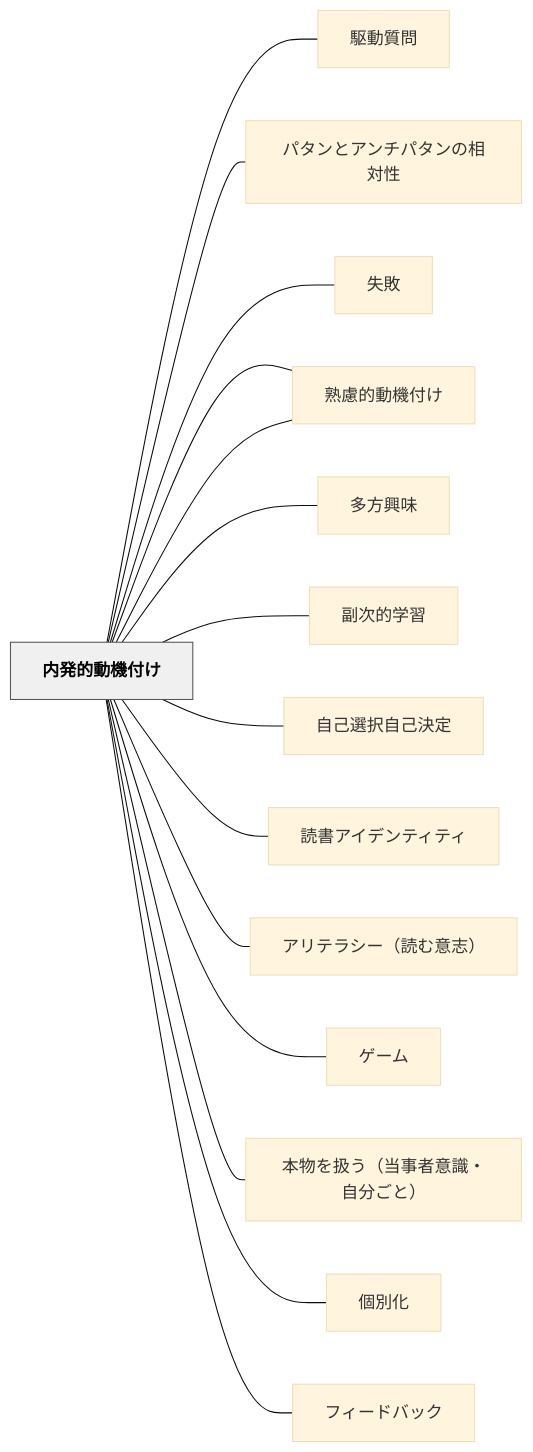
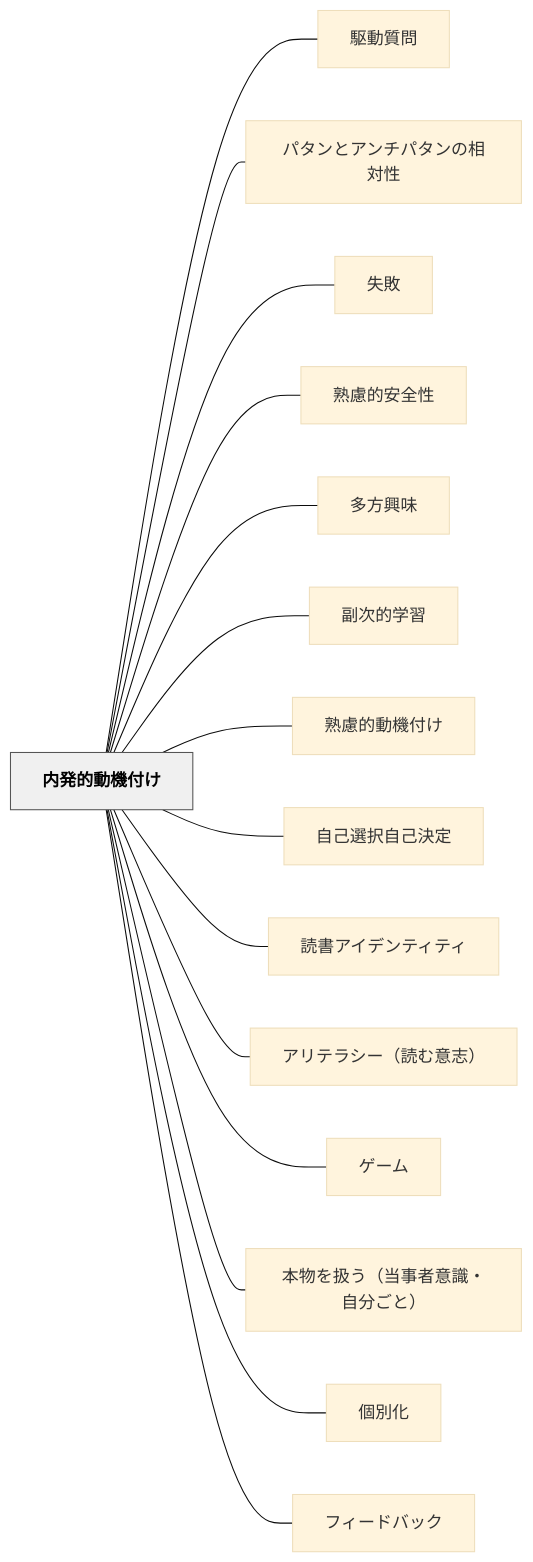
One commit to unknownthings-ed-patterns/unknownthings-ed-patterns changed the diagram in content/パタン/内発的動機付け.md. Above: the diagram before and after it, drawn with Mermaid (base theme). The commit also changed 527 other files, not shown here.

````diff
--- a/content/パタン/内発的動機付け.md
+++ b/content/パタン/内発的動機付け.md
@@ -194,36 +194,36 @@
 ```mermaid
 flowchart LR
-    ne58685e799ba["内発的動機付け"]
-    ne9a786e58b95["駆動質問"]
-    ne38391e382bf["パタンとアンチパタンの相対性"]
+    ne58685e799bae79a84e58b95e6a99fe4bb98e38191["内発的動機付け"]
+    ne9a786e58b95e8b3aae5958f["駆動質問"]
+    ne38391e382bfe383b3e381a8e382a2e383b3e38381e38391e382bfe383b3e381aee79bb8e5afbee680a7["パタンとアンチパタンの相対性"]
     ne5a4b1e69597["失敗"]
-    ne7869fe685ae["熟慮的安全性"]
-    ne5a49ae696b9["多方興味"]
-    ne589afe6aca1["副次的学習"]
-    ne7869fe685ae["熟慮的動機付け"]
-    ne887aae5b7b1["自己選択自己決定"]
-    ne8aaade69bb8["読書アイデンティティ"]
-    ne382a2e383aa["アリテラシー（読む意志）"]
-    ne382b2e383bc["ゲーム"]
-    ne69cace789a9["本物を扱う（当事者意識・自分ごと）"]
-    ne5808be588a5["個別化"]
-    ne38395e382a3["フィードバック"]
+    ne7869fe685aee79a84e5ae89e585a8e680a7["熟慮的安全性"]
+    ne5a49ae696b9e88888e591b3["多方興味"]
+    ne589afe6aca1e79a84e5ada6e7bf92["副次的学習"]
+    ne7869fe685aee79a84e58b95e6a99fe4bb98e38191["熟慮的動機付け"]
+    ne887aae5b7b1e981b8e68a9ee887aae5b7b1e6b1bae5ae9a["自己選択自己決定"]
+    ne8aaade69bb8e382a2e382a4e38387e383b3e38386e382a3e38386e382a3["読書アイデンティティ"]
+    ne382a2e383aae38386e383a9e382b7e383bcefbc88e8aaade38280e6848fe5bf97efbc89["アリテラシー（読む意志）"]
+    ne382b2e383bce383a0["ゲーム"]
+    ne69cace789a9e38292e689b1e38186efbc88e5bd93e4ba8be88085e6848fe8ad98e383bbe887aae58886e38194e381a8efbc89["本物を扱う（当事者意識・自分ごと）"]
+    ne5808be588a5e58c96["個別化"]
+    ne38395e382a3e383bce38389e38390e38383e382af["フィードバック"]
 
-    ne58685e799ba --- ne9a786e58b95
-    ne58685e799ba --- ne38391e382bf
-    ne58685e799ba --- ne5a4b1e69597
-    ne58685e799ba --- ne7869fe685ae
-    ne58685e799ba --- ne5a49ae696b9
-    ne58685e799ba --- ne589afe6aca1
-    ne58685e799ba --- ne7869fe685ae
-    ne58685e799ba --- ne887aae5b7b1
-    ne58685e799ba --- ne8aaade69bb8
-    ne58685e799ba --- ne382a2e383aa
-    ne58685e799ba --- ne382b2e383bc
-    ne58685e799ba --- ne69cace789a9
-    ne58685e799ba --- ne5808be588a5
-    ne58685e799ba --- ne38395e382a3
+    ne58685e799bae79a84e58b95e6a99fe4bb98e38191 --- ne9a786e58b95e8b3aae5958f
+    ne58685e799bae79a84e58b95e6a99fe4bb98e38191 --- ne38391e382bfe383b3e381a8e382a2e383b3e38381e38391e382bfe383b3e381aee79bb8e5afbee680a7
+    ne58685e799bae79a84e58b95e6a99fe4bb98e38191 --- ne5a4b1e69597
+    ne58685e799bae79a84e58b95e6a99fe4bb98e38191 --- ne7869fe685aee79a84e5ae89e585a8e680a7
+    ne58685e799bae79a84e58b95e6a99fe4bb98e38191 --- ne5a49ae696b9e88888e591b3
+    ne58685e799bae79a84e58b95e6a99fe4bb98e38191 --- ne589afe6aca1e79a84e5ada6e7bf92
+    ne58685e799bae79a84e58b95e6a99fe4bb98e38191 --- ne7869fe685aee79a84e58b95e6a99fe4bb98e38191
+    ne58685e799bae79a84e58b95e6a99fe4bb98e38191 --- ne887aae5b7b1e981b8e68a9ee887aae5b7b1e6b1bae5ae9a
+    ne58685e799bae79a84e58b95e6a99fe4bb98e38191 --- ne8aaade69bb8e382a2e382a4e38387e383b3e38386e382a3e38386e382a3
+    ne58685e799bae79a84e58b95e6a99fe4bb98e38191 --- ne382a2e383aae38386e383a9e382b7e383bcefbc88e8aaade38280e6848fe5bf97efbc89
+    ne58685e799bae79a84e58b95e6a99fe4bb98e38191 --- ne382b2e383bce383a0
+    ne58685e799bae79a84e58b95e6a99fe4bb98e38191 --- ne69cace789a9e38292e689b1e38186efbc88e5bd93e4ba8be88085e6848fe8ad98e383bbe887aae58886e38194e381a8efbc89
+    ne58685e799bae79a84e58b95e6a99fe4bb98e38191 --- ne5808be588a5e58c96
+    ne58685e799bae79a84e58b95e6a99fe4bb98e38191 --- ne38395e382a3e383bce38389e38390e38383e382af
 
     classDef hub fill:#f0f0f0,stroke:#555,color:#000,font-weight:bold
-    class ne58685e799ba hub
+    class ne58685e799bae79a84e58b95e6a99fe4bb98e38191 hub
 ```
````
